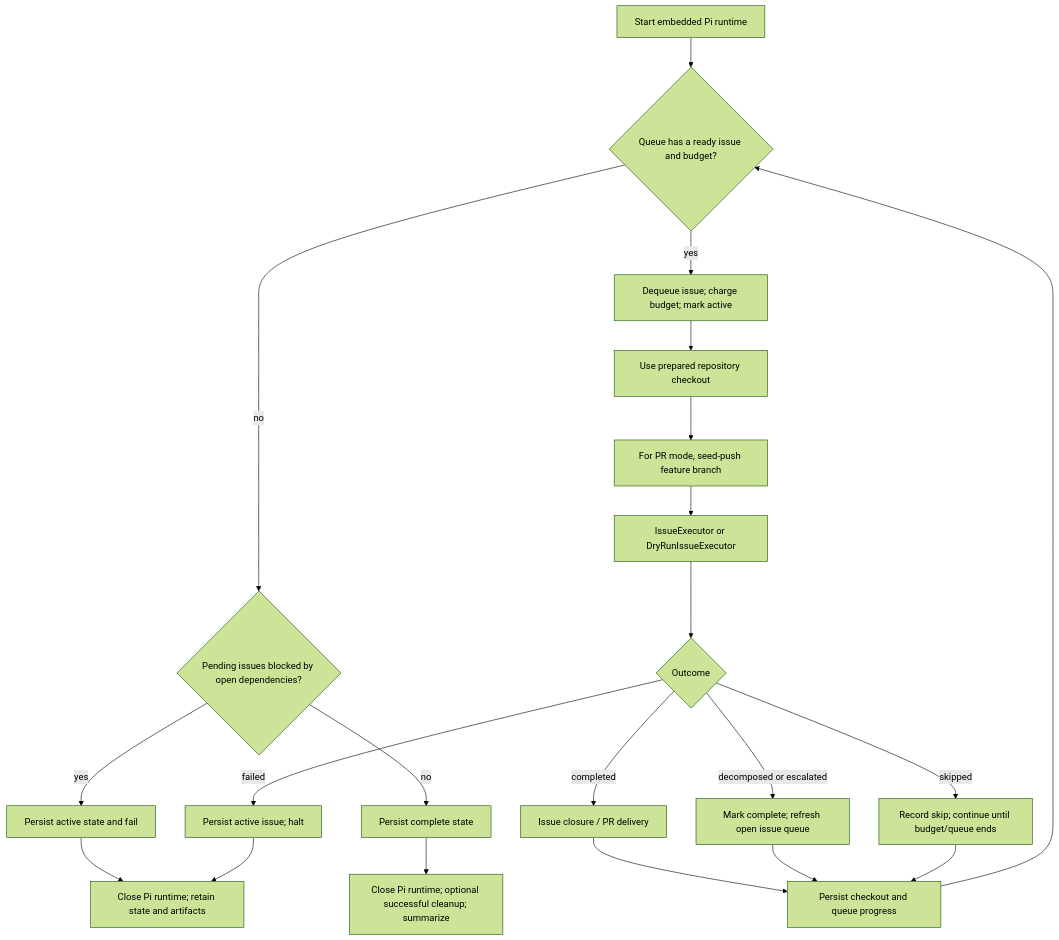
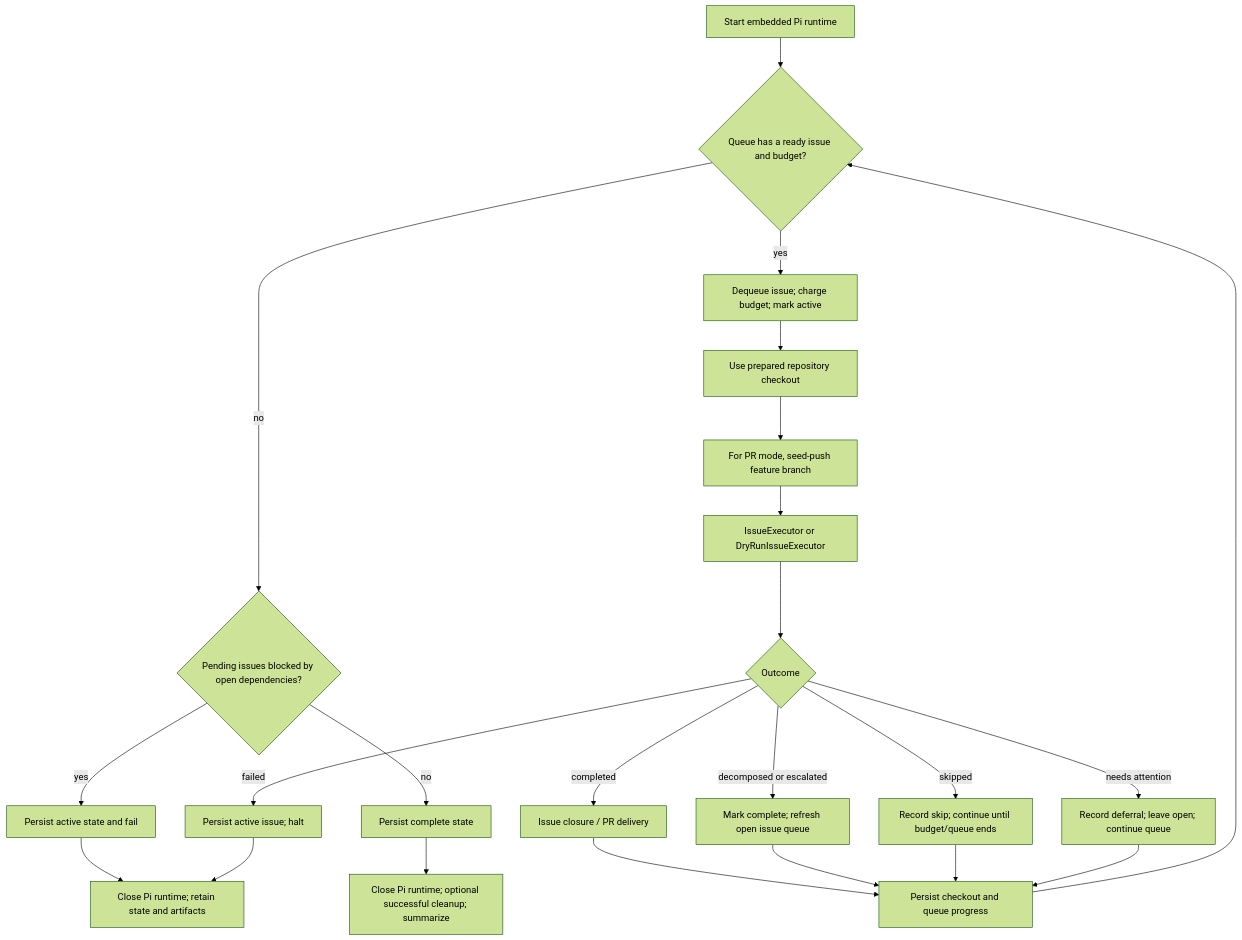
One commit to beremaran/ralphie changed the second of 6 diagrams in docs/end-to-end-execution.md. Above: the diagram before and after it, drawn with Mermaid (forest theme). The commit also changed other lines of this file and 18 other files, not shown here.

````diff
--- a/docs/end-to-end-execution.md
+++ b/docs/end-to-end-execution.md
@@ -99,23 +99,25 @@
 ```mermaid
 flowchart TD
     A["Start embedded Pi runtime"] --> B{"Queue has a ready issue and budget?"}
     B -->|no| C{"Pending issues blocked by open dependencies?"}
     C -->|yes| D["Persist active state and fail"]
     C -->|no| E["Persist complete state"]
     B -->|yes| F["Dequeue issue; charge budget; mark active"]
     F --> G["Use prepared repository checkout"]
     G --> H["For PR mode, seed-push feature branch"]
     H --> I["IssueExecutor or DryRunIssueExecutor"]
     I --> J{"Outcome"}
     J -->|completed| K["Issue closure / PR delivery"]
     J -->|decomposed or escalated| L["Mark complete; refresh open issue queue"]
     J -->|skipped| M["Record skip; continue until budget/queue ends"]
+    J -->|needs attention| P["Record deferral; leave open; continue queue"]
     J -->|failed| N["Persist active issue; halt"]
     K --> O["Persist checkout and queue progress"]
     L --> O
     M --> O
+    P --> O
     O --> B
     E --> R["Close Pi runtime; optional successful cleanup; summarize"]
     D --> S["Close Pi runtime; retain state and artifacts"]
     N --> S
 ```
````
